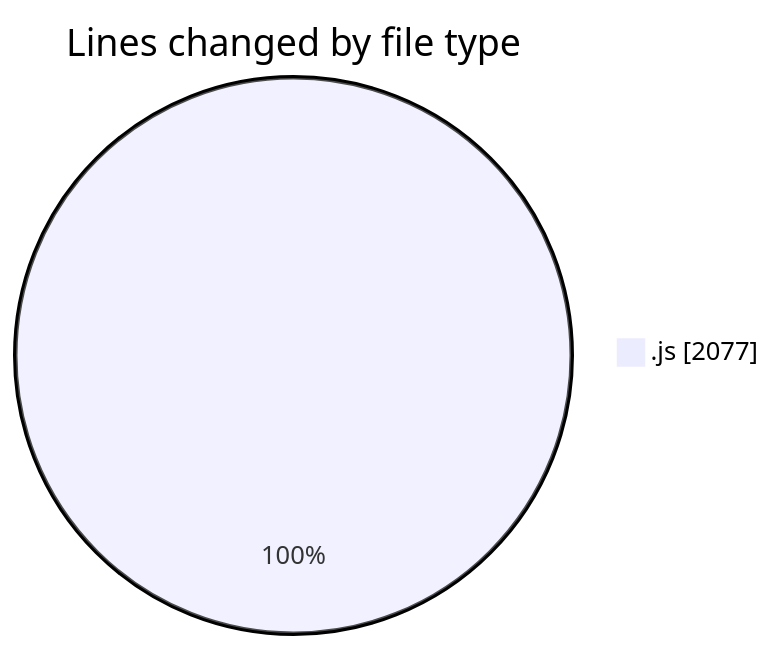
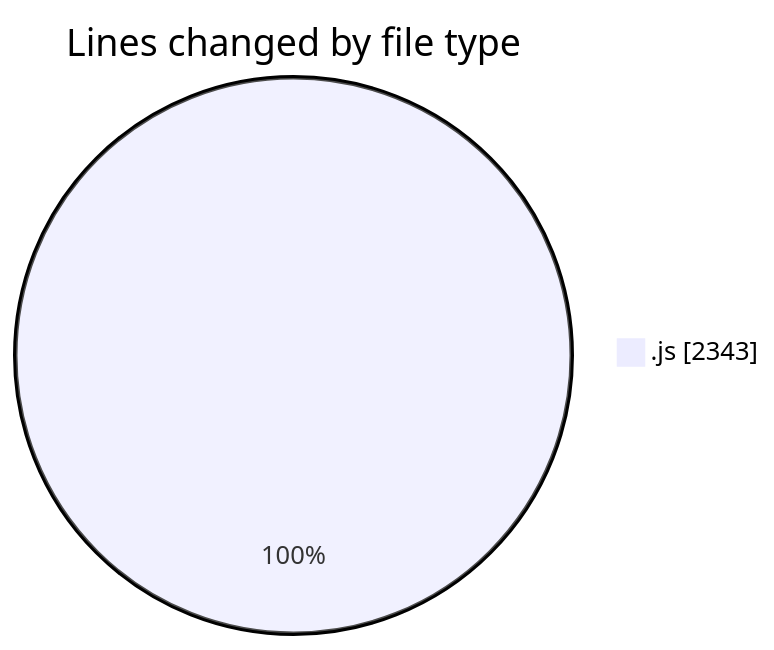
The first of 2 diagrams in 2025-08-04/javascript/README.md (Ritupan-Deka/code-tracking), drawn with Mermaid before and after one commit. The commit also changed other lines of this file and 1 other file, not shown here.

````diff
--- a/2025-08-04/javascript/README.md
+++ b/2025-08-04/javascript/README.md
@@ -23,5 +23,5 @@
 ```mermaid
 pie showData
 title Lines changed by file type
-".js" : 2077
+".js" : 2343
 ```
````
